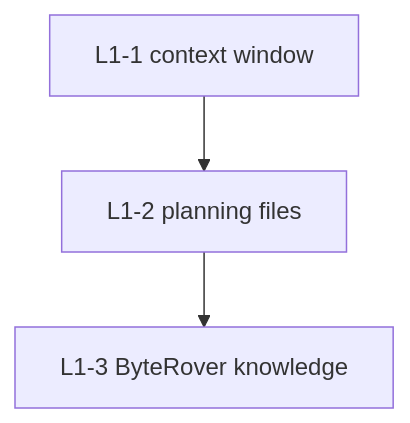
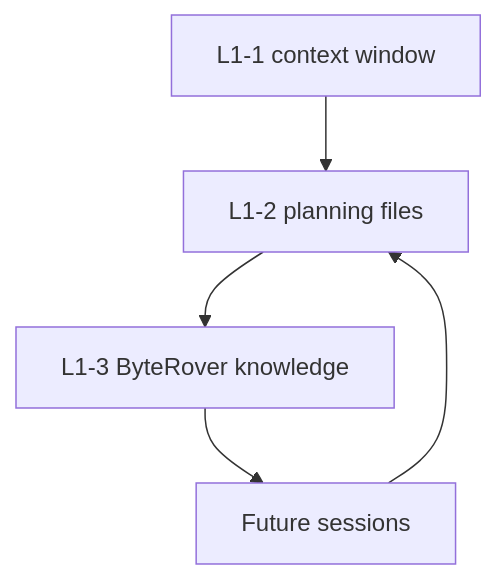
One commit to kevinlasnh/sharing-studio changed the diagram in projects/agent-memory-stack/README.md. Above: the diagram before and after it, drawn with Mermaid. The commit also changed other lines of this file and 7 other files, not shown here.

````diff
--- a/projects/agent-memory-stack/README.md
+++ b/projects/agent-memory-stack/README.md
@@ -29,5 +39,7 @@
 ```mermaid
 flowchart TD
   A[L1-1 context window] --> B[L1-2 planning files]
   B --> C[L1-3 ByteRover knowledge]
+  C --> D[Future sessions]
+  D --> B
 ```
````
